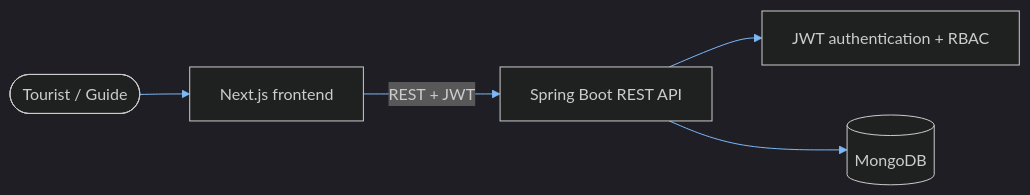
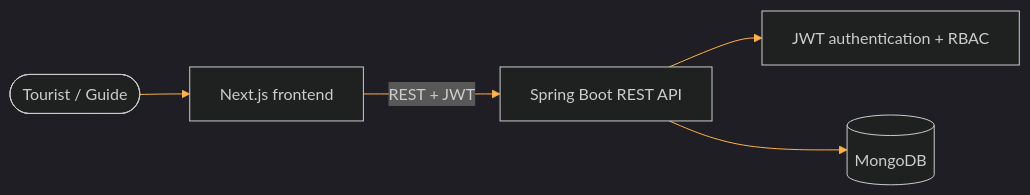
Before and after one commit to NavinduRanasinghe691/NavinduRanasinghe691: the first of 2 diagrams in README.md, drawn with Mermaid. The commit also changed other lines of this file, not shown here.

````diff
--- a/README.md
+++ b/README.md
@@ -265,8 +116,8 @@
 ```mermaid
-%%{init: {'theme':'dark','themeVariables':{'primaryColor':'#061A40','primaryBorderColor':'#7EB8F7','lineColor':'#7EB8F7','primaryTextColor':'#F4F4F6'}}}%%
+%%{init: {'theme':'dark','themeVariables':{'primaryColor':'#101629','primaryBorderColor':'#ff6a1a','lineColor':'#ffb347','primaryTextColor':'#f4f4f6'}}}%%
 flowchart LR
   U([Tourist / Guide]) --> FE["Next.js frontend"]
   FE -->|"REST + JWT"| API["Spring Boot REST API"]
   API --> SEC["JWT authentication + RBAC"]
   API --> DB[("MongoDB")]
 ```
````
